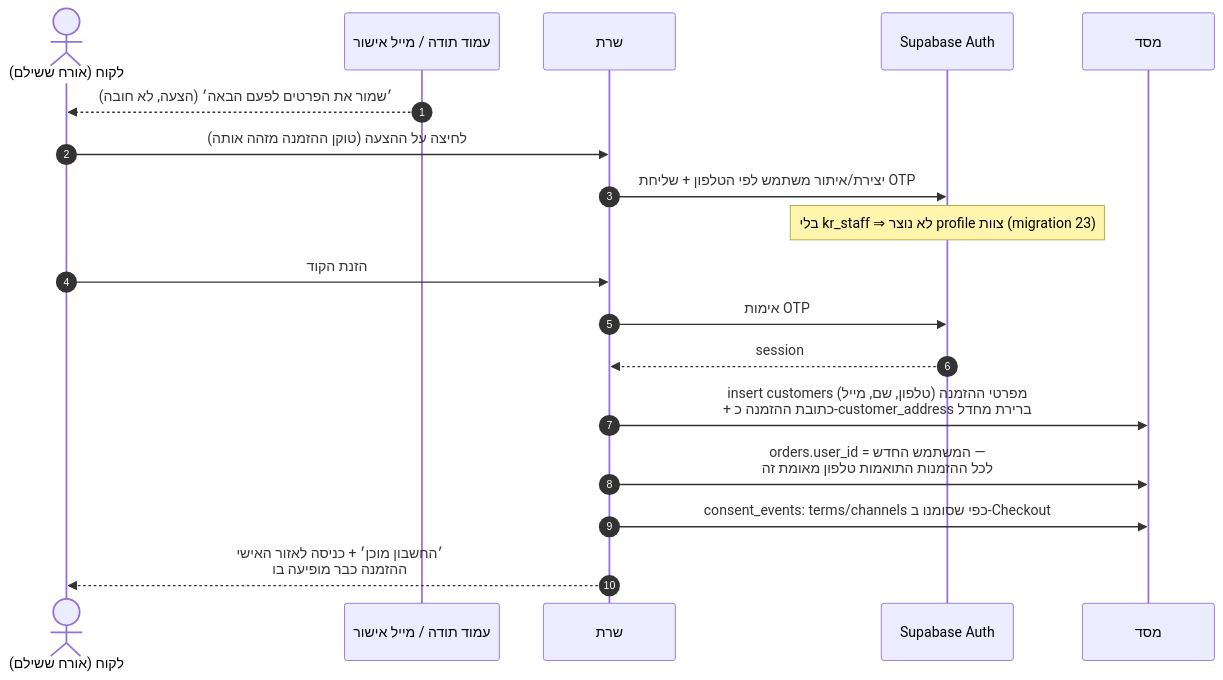
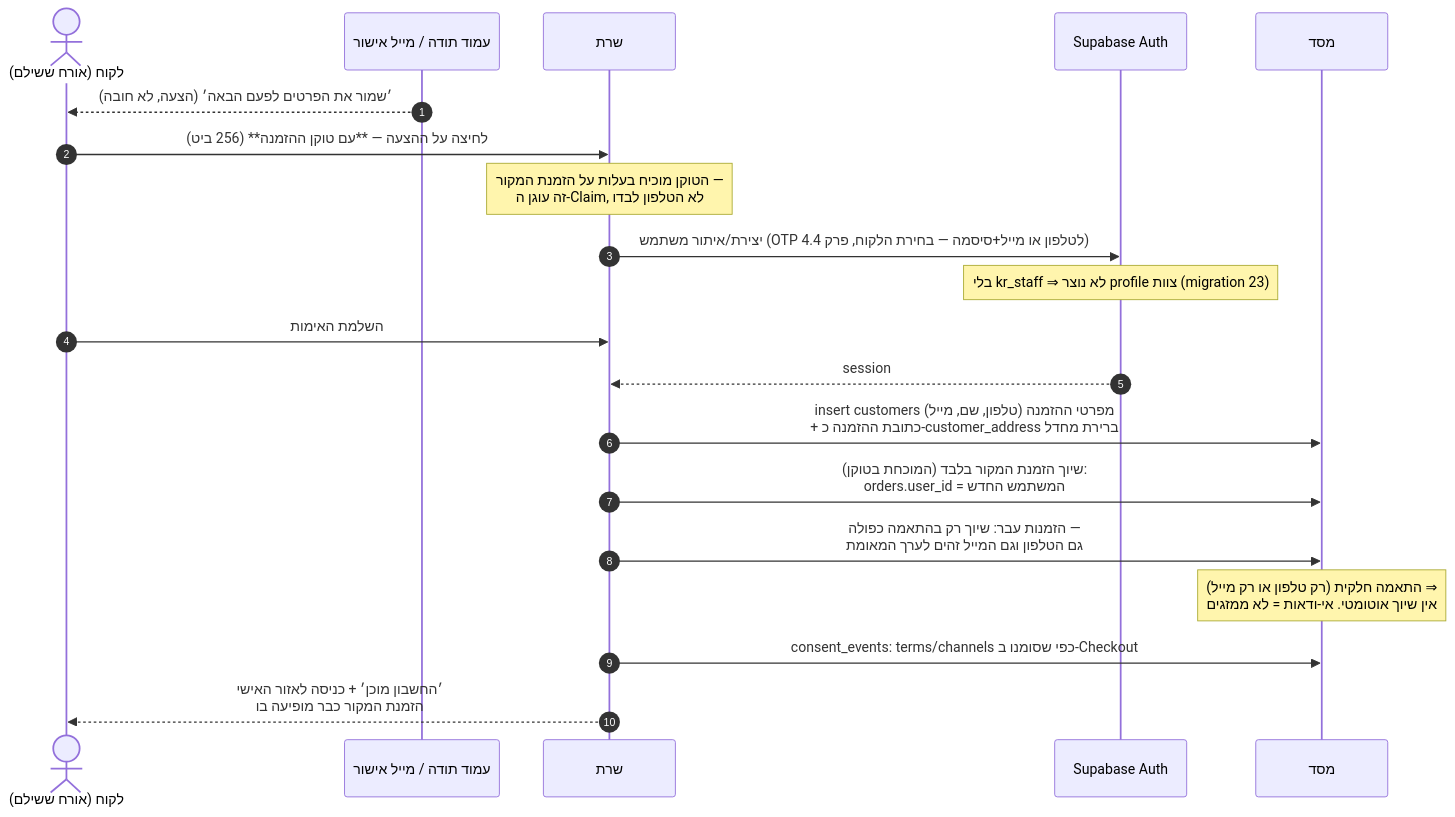
One commit to peilut2017-sketch/kerenreem changed diagram 21 of 22 in docs/commerce/commerce-flows.md. Above: the diagram before and after it, drawn with Mermaid. The commit also changed other lines of this file and 8 other files, not shown here.

````diff
--- a/docs/commerce/commerce-flows.md
+++ b/docs/commerce/commerce-flows.md
@@ -533,21 +561,23 @@
 ```mermaid
 sequenceDiagram
     autonumber
     actor U as לקוח (אורח ששילם)
     participant T as עמוד תודה / מייל אישור
     participant S as שרת
     participant A as Supabase Auth
     participant DB as מסד
 
     T-->>U: ׳שמור את הפרטים לפעם הבאה׳ (הצעה, לא חובה)
-    U->>S: לחיצה על ההצעה (טוקן ההזמנה מזהה אותה)
-    S->>A: יצירת/איתור משתמש לפי הטלפון + שליחת OTP
+    U->>S: לחיצה על ההצעה — **עם טוקן ההזמנה** (256 ביט)
+    Note over S: הטוקן מוכיח בעלות על הזמנת המקור —<br/>זה עוגן ה-Claim, לא הטלפון לבדו
+    S->>A: יצירת/איתור משתמש (OTP לטלפון או מייל+סיסמה — בחירת הלקוח, פרק 4.4)
     Note over A: בלי kr_staff ⇒ לא נוצר profile צוות (migration 23)
-    U->>S: הזנת הקוד
-    S->>A: אימות OTP
+    U->>S: השלמת האימות
     A-->>S: session
     S->>DB: insert customers מפרטי ההזמנה (טלפון, שם, מייל)<br/>+ כתובת ההזמנה כ-customer_address ברירת מחדל
-    S->>DB: orders.user_id = המשתמש החדש —<br/>לכל ההזמנות התואמות טלפון מאומת זה
+    S->>DB: שיוך הזמנת המקור בלבד (המוכחת בטוקן):<br/>orders.user_id = המשתמש החדש
+    S->>DB: הזמנות עבר: שיוך רק בהתאמה כפולה —<br/>גם הטלפון וגם המייל זהים לערך המאומת
+    Note over DB: התאמה חלקית (רק טלפון או רק מייל) ⇒<br/>אין שיוך אוטומטי. אי-ודאות = לא ממזגים
     S->>DB: consent_events: terms/channels כפי שסומנו ב-Checkout
-    S-->>U: ׳החשבון מוכן׳ + כניסה לאזור האישי<br/>ההזמנה כבר מופיעה בו
+    S-->>U: ׳החשבון מוכן׳ + כניסה לאזור האישי<br/>הזמנת המקור כבר מופיעה בו
 ```
````
